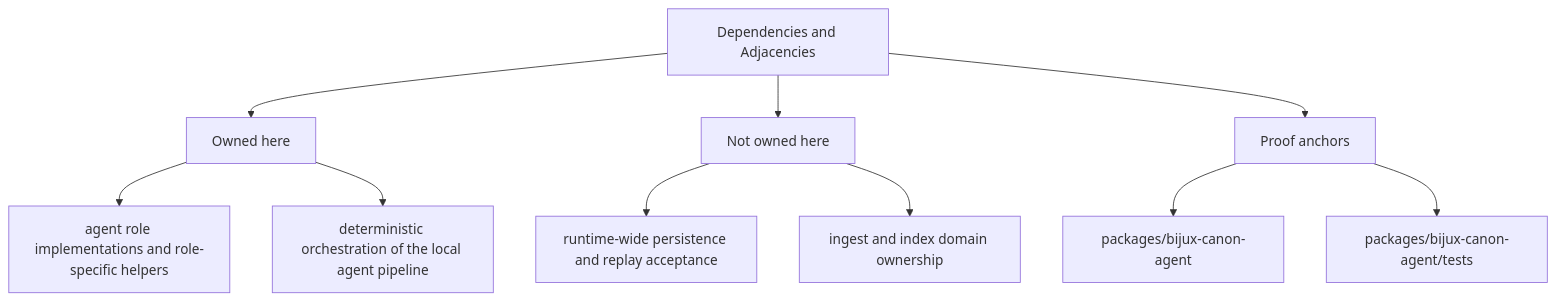
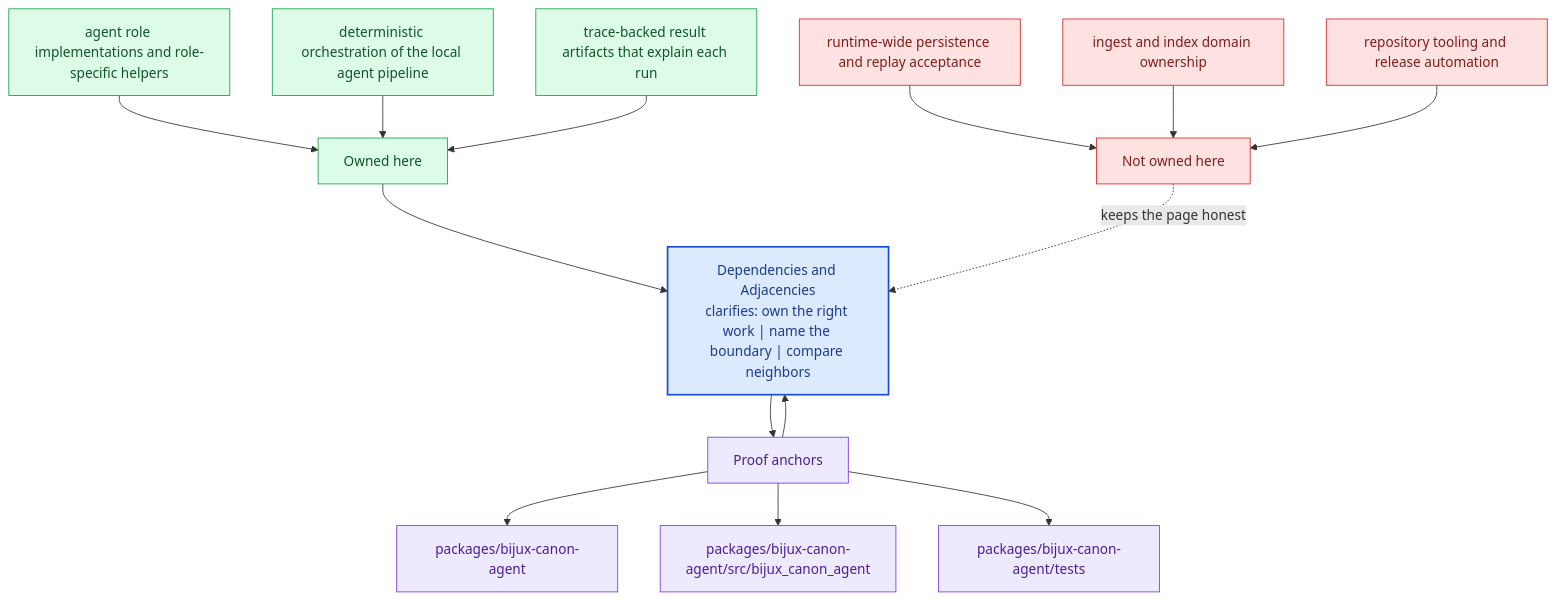
Before and after one commit to bijux/bijux-canon: the second of 2 diagrams in docs/bijux-canon-agent/foundation/dependencies-and-adjacencies.md, drawn with Mermaid. The commit also changed other lines of this file and 281 other files, not shown here.

Commit message:
docs(diagrams): deepen handbook mermaid maps across the catalog

````diff
--- a/docs/bijux-canon-agent/foundation/dependencies-and-adjacencies.md
+++ b/docs/bijux-canon-agent/foundation/dependencies-and-adjacencies.md
@@ -36,22 +69,40 @@
 ```mermaid
-flowchart TD
-    page["Dependencies and Adjacencies"]
+flowchart TB
+    promise["Dependencies and Adjacencies<br/>clarifies: own the right work | name the boundary | compare neighbors"]
+    classDef promise fill:#dbeafe,stroke:#1d4ed8,color:#1e3a8a,stroke-width:2px;
+    classDef driver fill:#dcfce7,stroke:#16a34a,color:#14532d;
+    classDef constraint fill:#fee2e2,stroke:#dc2626,color:#7f1d1d;
+    classDef ground fill:#ede9fe,stroke:#7c3aed,color:#4c1d95;
     focus1["Owned here"]
-    page --> focus1
+    focus1 --> promise
     focus1_1["agent role implementations and role-specific helpers"]
-    focus1 --> focus1_1
+    focus1_1 --> focus1
     focus1_2["deterministic orchestration of the local agent pipeline"]
-    focus1 --> focus1_2
+    focus1_2 --> focus1
+    focus1_3["trace-backed result artifacts that explain each run"]
+    focus1_3 --> focus1
+    class focus1 driver;
+    class focus1_1,focus1_2,focus1_3 driver;
     focus2["Not owned here"]
-    page --> focus2
+    focus2 -.keeps the page honest.-> promise
     focus2_1["runtime-wide persistence and replay acceptance"]
-    focus2 --> focus2_1
+    focus2_1 --> focus2
     focus2_2["ingest and index domain ownership"]
-    focus2 --> focus2_2
+    focus2_2 --> focus2
+    focus2_3["repository tooling and release automation"]
+    focus2_3 --> focus2
+    class focus2 constraint;
+    class focus2_1,focus2_2,focus2_3 constraint;
     focus3["Proof anchors"]
-    page --> focus3
+    focus3 --> promise
+    promise --> focus3
     focus3_1["packages/bijux-canon-agent"]
     focus3 --> focus3_1
-    focus3_2["packages/bijux-canon-agent/tests"]
+    focus3_2["packages/bijux-canon-agent/src/bijux_canon_agent"]
     focus3 --> focus3_2
+    focus3_3["packages/bijux-canon-agent/tests"]
+    focus3 --> focus3_3
+    class focus3 ground;
+    class focus3_1,focus3_2,focus3_3 ground;
+    class promise promise;
 ```
````
